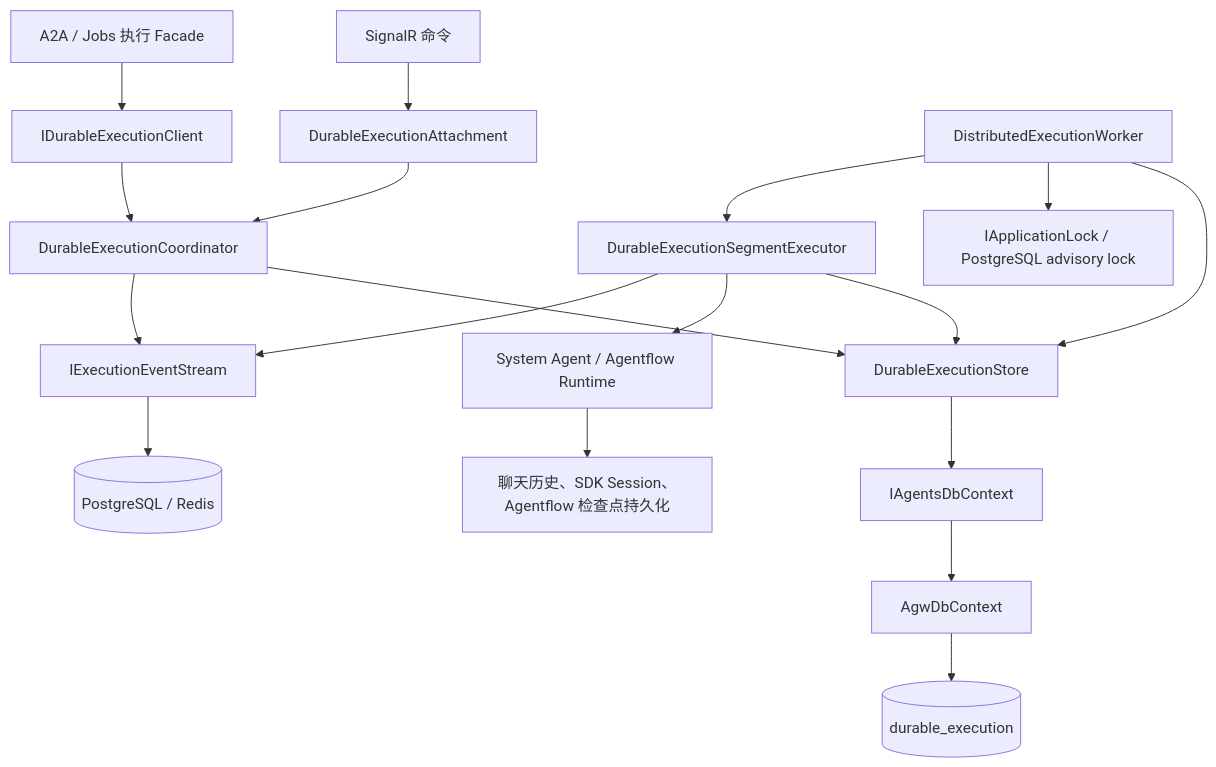
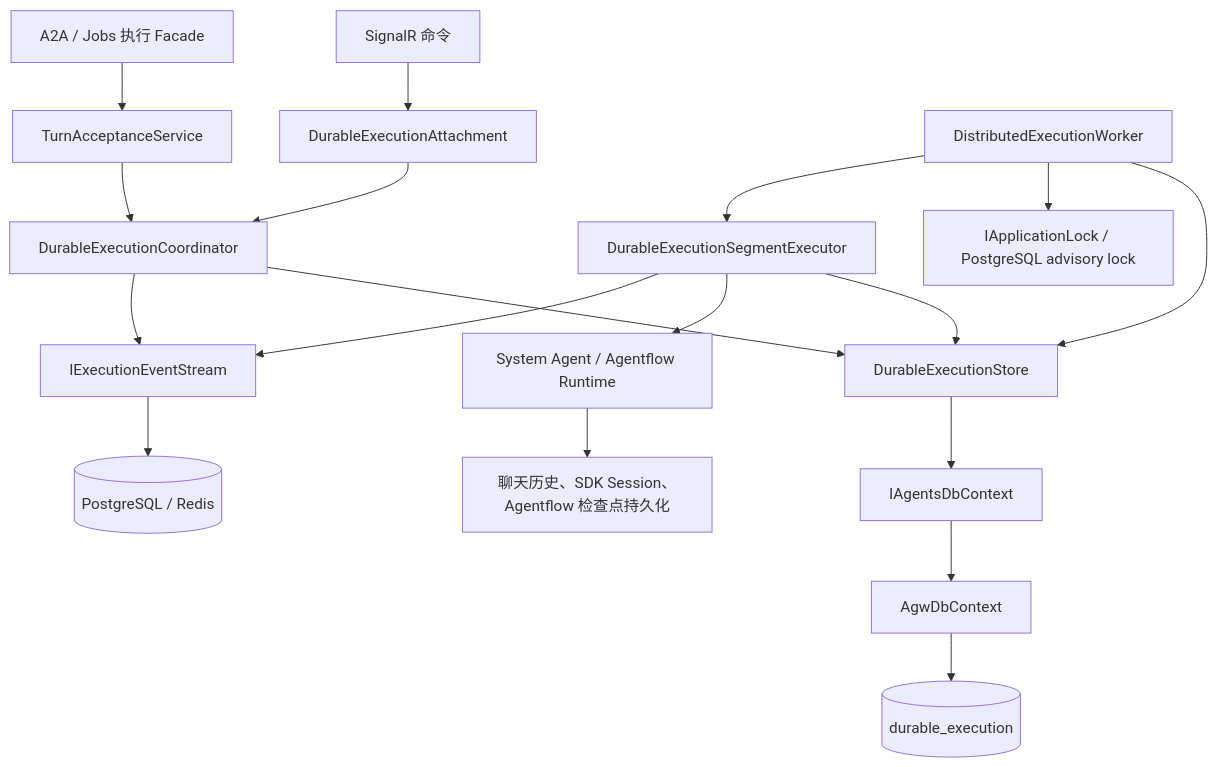
Before and after one commit to zxyao145/agw: the first of 3 diagrams in src/server/Agw.Agents.Execution/Persistence/README.md, drawn with Mermaid. The commit also changed other lines of this file and 27 other files, not shown here.

````diff
--- a/src/server/Agw.Agents.Execution/Persistence/README.md
+++ b/src/server/Agw.Agents.Execution/Persistence/README.md
@@ -85,20 +85,20 @@
 ```mermaid
 flowchart TB
     SignalR["SignalR 命令"] --> Session["DurableExecutionAttachment"]
-    Facade["A2A / Jobs 执行 Facade"] --> Client["IDurableExecutionClient"]
+    Facade["A2A / Jobs 执行 Facade"] --> Acceptance["TurnAcceptanceService"]
     Session --> Coordinator["DurableExecutionCoordinator"]
-    Client --> Coordinator
+    Acceptance --> Coordinator
     Coordinator --> Store["DurableExecutionStore"]
     Worker["DistributedExecutionWorker"] --> Store
     Worker --> Lock["IApplicationLock / PostgreSQL advisory lock"]
     Worker --> Executor["DurableExecutionSegmentExecutor"]
     Executor --> Store
     Executor --> Runtime["System Agent / Agentflow Runtime"]
     Store --> Port["IAgentsDbContext"]
     Port --> DbContext["AgwDbContext"]
     DbContext --> State[("durable_execution")]
     Executor --> Events["IExecutionEventStream"]
     Coordinator --> Events
     Events --> EventStorage[("PostgreSQL / Redis")]
     Runtime --> Existing["聊天历史、SDK Session、Agentflow 检查点持久化"]
 ```
````
